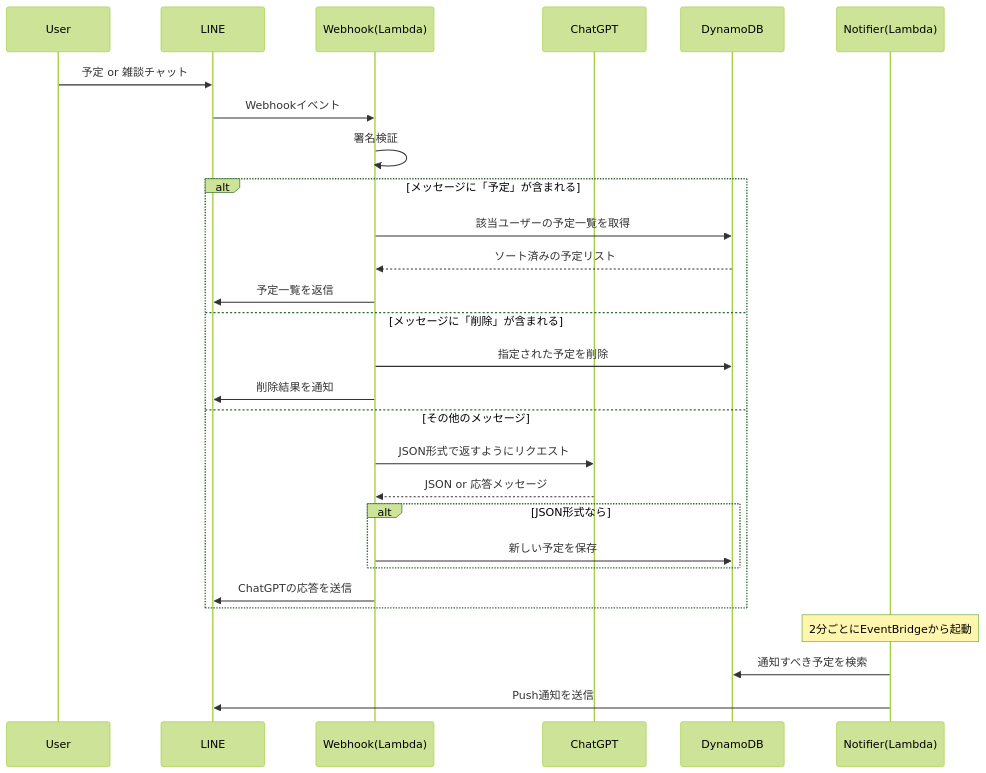
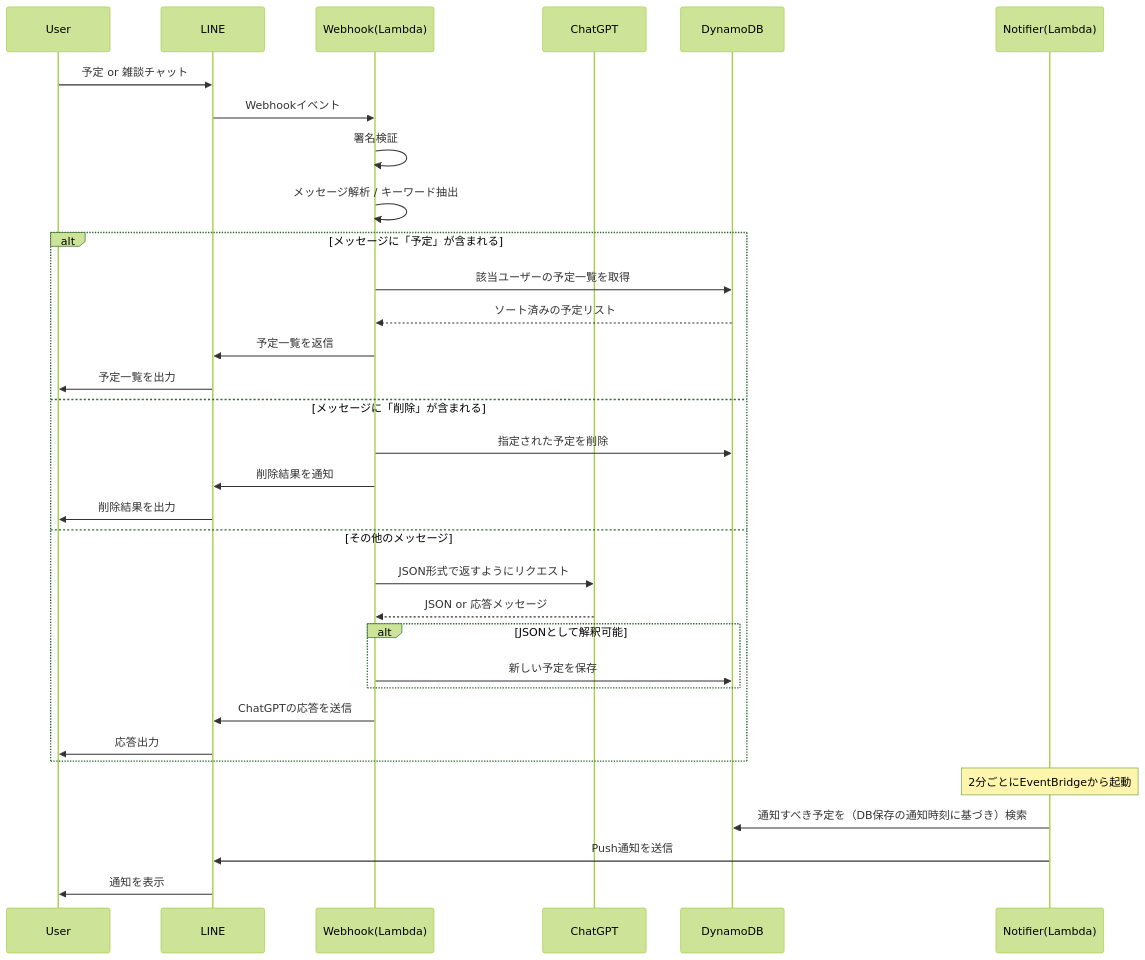
One commit to hikarin0711/line-chatbird-planner changed the diagram in README.md. Above: the diagram before and after it, drawn with Mermaid (forest theme).

Commit message:
Update README.md
処理の流れを実装に合わせ微調整

````diff
--- a/README.md
+++ b/README.md
@@ -29,33 +29,38 @@
 ```mermaid
 sequenceDiagram
   participant User
   participant LINE
   participant Webhook(Lambda)
   participant ChatGPT
   participant DynamoDB
   participant Notifier(Lambda)
 
   User->>LINE: 予定 or 雑談チャット
   LINE->>Webhook(Lambda): Webhookイベント
   Webhook(Lambda)->>Webhook(Lambda): 署名検証
+  Webhook(Lambda)->>Webhook(Lambda): メッセージ解析 / キーワード抽出
 
   alt メッセージに「予定」が含まれる
     Webhook(Lambda)->>DynamoDB: 該当ユーザーの予定一覧を取得
     DynamoDB-->>Webhook(Lambda): ソート済みの予定リスト
     Webhook(Lambda)->>LINE: 予定一覧を返信
+    LINE->>User: 予定一覧を出力
   else メッセージに「削除」が含まれる
     Webhook(Lambda)->>DynamoDB: 指定された予定を削除
     Webhook(Lambda)->>LINE: 削除結果を通知
+    LINE->>User: 削除結果を出力
   else その他のメッセージ
     Webhook(Lambda)->>ChatGPT: JSON形式で返すようにリクエスト
     ChatGPT-->>Webhook(Lambda): JSON or 応答メッセージ
-    alt JSON形式なら
+    alt JSONとして解釈可能
       Webhook(Lambda)->>DynamoDB: 新しい予定を保存
     end
     Webhook(Lambda)->>LINE: ChatGPTの応答を送信
+    LINE->>User: 応答出力
   end
 
   Note over Notifier(Lambda): 2分ごとにEventBridgeから起動
-  Notifier(Lambda)->>DynamoDB: 通知すべき予定を検索
+  Notifier(Lambda)->>DynamoDB: 通知すべき予定を（DB保存の通知時刻に基づき）検索
   Notifier(Lambda)->>LINE: Push通知を送信
+  LINE->>User: 通知を表示
 ```
````
